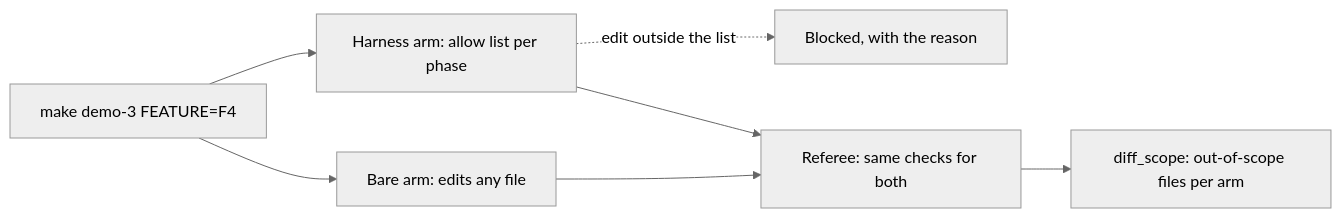
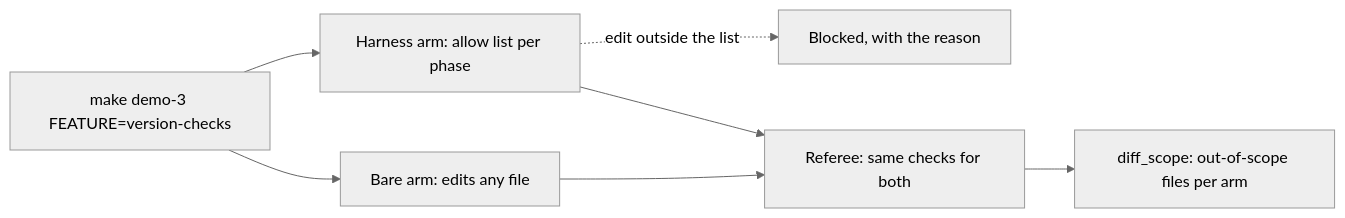
Before and after one commit to ANI-IN/shipharness-dev: the third of 5 diagrams in slides/deck.md, drawn with Mermaid (neutral theme). The commit also changed other lines of this file and 12 other files, not shown here.

````diff
--- a/slides/deck.md
+++ b/slides/deck.md
@@ -707,9 +718,9 @@
 ```mermaid
 flowchart LR
-  L["make demo-3 FEATURE=F4"] --> BA["Bare arm: edits any file"]
+  L["make demo-3 FEATURE=version-checks"] --> BA["Bare arm: edits any file"]
   L --> HA["Harness arm: allow list per phase"]
   HA -. "edit outside the list" .-> X["Blocked, with the reason"]
   BA --> R["Referee: same checks for both"]
   HA --> R
   R --> D["diff_scope: out-of-scope files per arm"]
 ```
````
